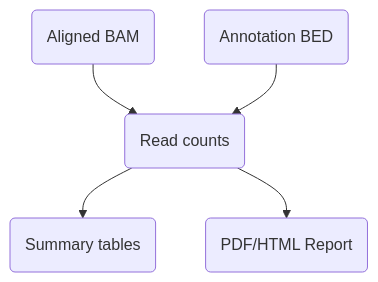
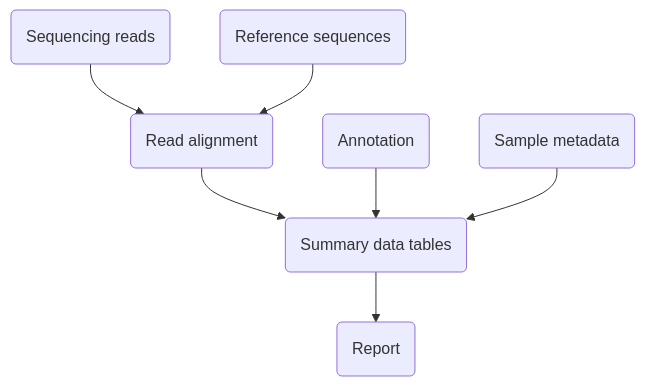
The diagram in workflows/laava/overview.md (formbio/laava), drawn with Mermaid before and after one commit. The commit also changed other lines of this file and 3 other files, not shown here.

````diff
--- a/workflows/laava/overview.md
+++ b/workflows/laava/overview.md
@@ -10,8 +10,10 @@
 ``` mermaid
 graph TD
 
-bam(Aligned BAM) --> counts(Read counts)
-anno(Annotation BED) --> counts
-counts --> sumtables(Summary tables)
-counts --> sumreport(PDF/HTML Report)
+seqreads(Sequencing reads) --> bam(Read alignment)
+refseqs(Reference sequences) --> bam
+bam --> sumtables(Summary data tables)
+anno(Annotation) --> sumtables
+meta(Sample metadata) --> sumtables
+sumtables --> report(Report)
 ```
````
